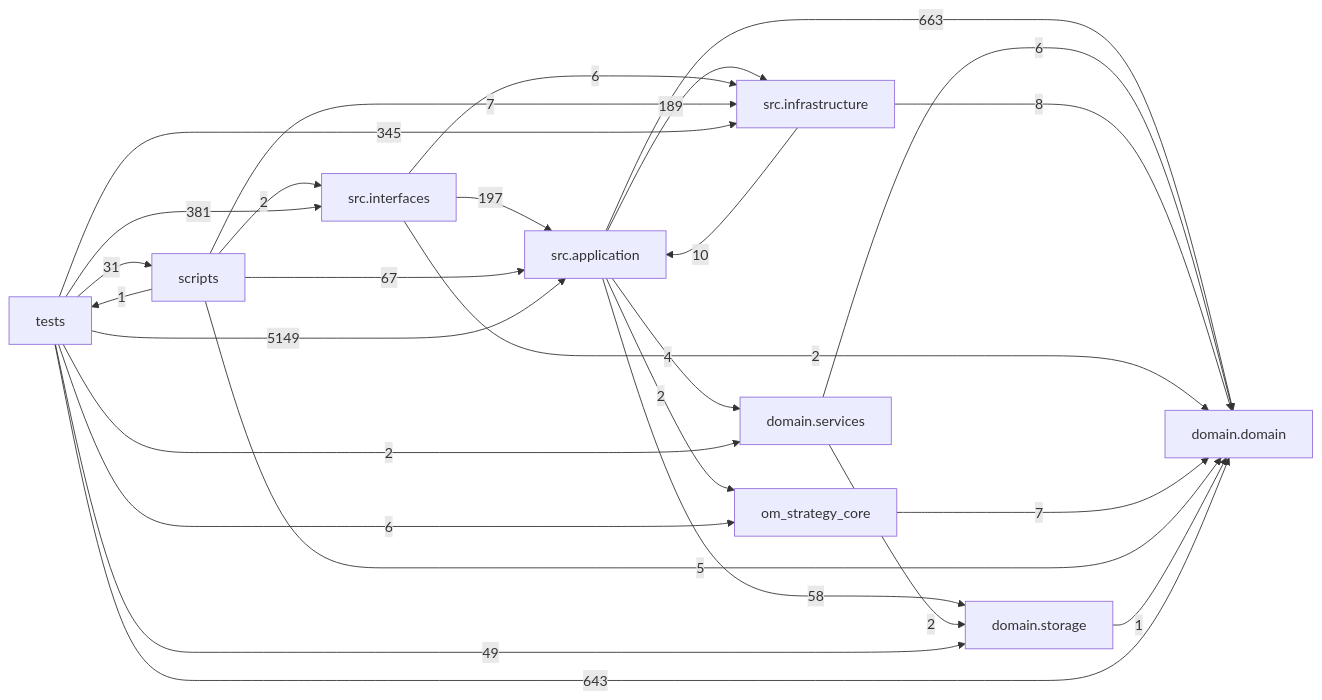
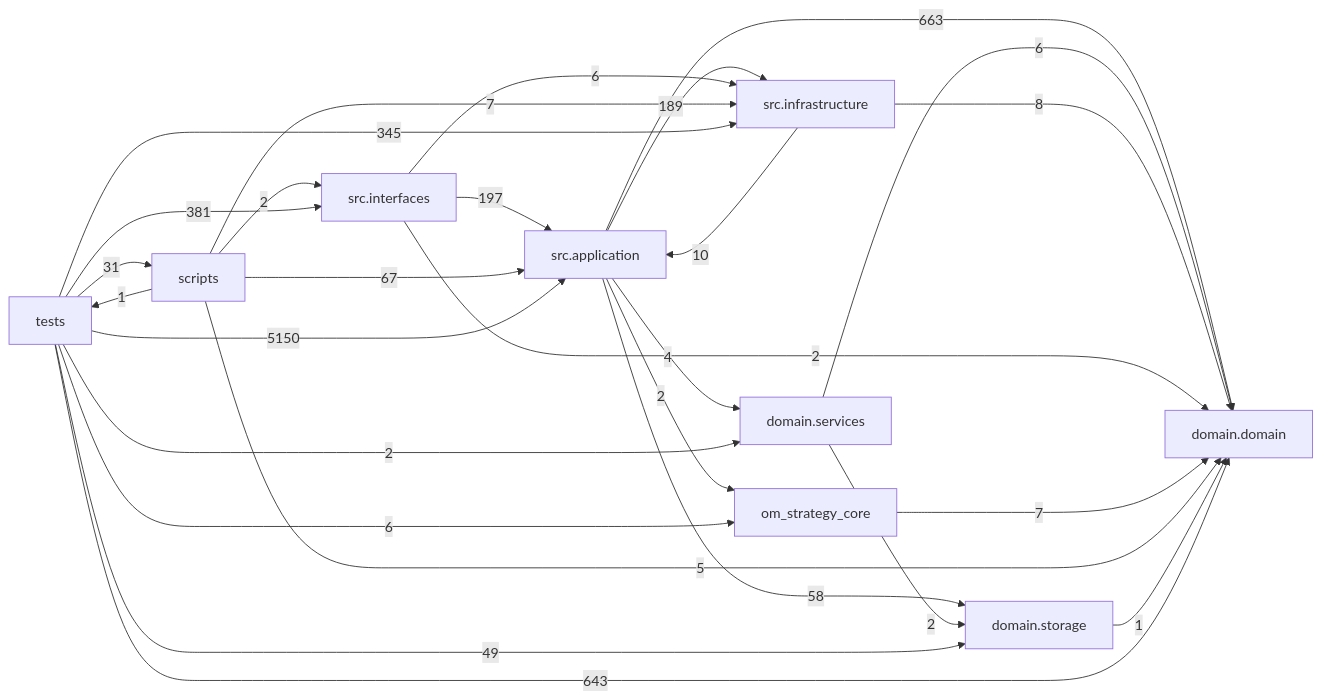
Before and after one commit to liuxie066/options-monitor: the diagram in docs/DEPENDENCY_GRAPH.md, drawn with Mermaid. The commit also changed other lines of this file and 7 other files, not shown here.

````diff
--- a/docs/DEPENDENCY_GRAPH.md
+++ b/docs/DEPENDENCY_GRAPH.md
@@ -24,38 +24,38 @@
 ```mermaid
 flowchart LR
   tests["tests"]
   scripts["scripts"]
   interfaces["src.interfaces"]
   application["src.application"]
   infrastructure["src.infrastructure"]
   domain_services["domain.services"]
   domain["domain.domain"]
   storage["domain.storage"]
   application -->|663| domain
   application -->|4| domain_services
   application -->|189| infrastructure
   application -->|2| om_strategy_core
   application -->|58| storage
   domain_services -->|6| domain
   domain_services -->|2| storage
   infrastructure -->|10| application
   infrastructure -->|8| domain
   interfaces -->|197| application
   interfaces -->|2| domain
   interfaces -->|6| infrastructure
   om_strategy_core -->|7| domain
   scripts -->|67| application
   scripts -->|5| domain
   scripts -->|7| infrastructure
   scripts -->|2| interfaces
   scripts -->|1| tests
   storage -->|1| domain
-  tests -->|5149| application
+  tests -->|5150| application
   tests -->|643| domain
   tests -->|2| domain_services
   tests -->|345| infrastructure
   tests -->|381| interfaces
   tests -->|6| om_strategy_core
   tests -->|31| scripts
   tests -->|49| storage
 ```
````
